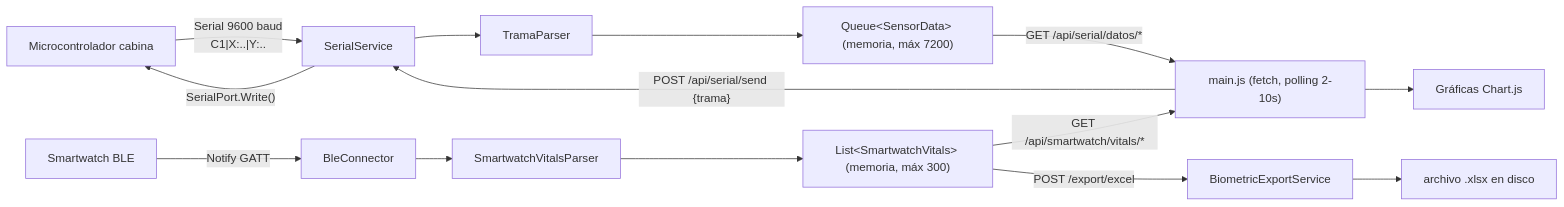
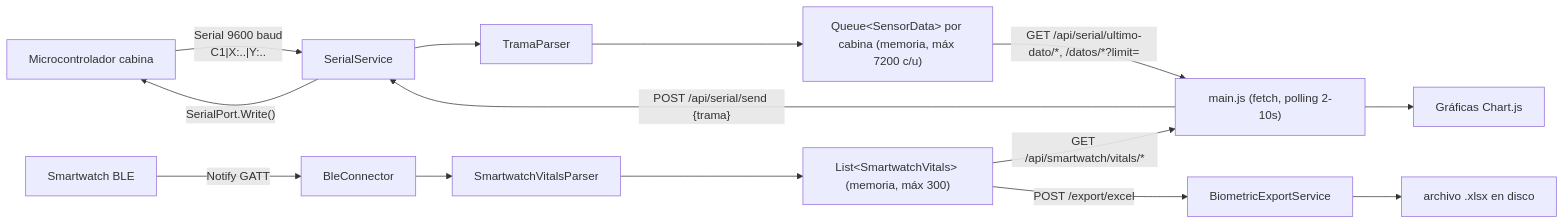
One commit to Jelp200/BTN changed the fourth of 5 diagrams in SYSTEM_ARCHITECTURE.md. Above: the diagram before and after it, drawn with Mermaid. The commit also changed other lines of this file and 11 other files, not shown here.

Commit message:
:zap: [MOD] [v2.0.8] - UI/UX: Se incorporo otra vez el boton de calor legacy on/off con la logica nueva - Data: Limite real para los datos de los sensores, el front solo trae los ultimos 10 datos en vez de todo el el arreglo

````diff
--- a/SYSTEM_ARCHITECTURE.md
+++ b/SYSTEM_ARCHITECTURE.md
@@ -429,15 +429,15 @@
 ```mermaid
 flowchart LR
     MCU["Microcontrolador cabina"] -->|"Serial 9600 baud\nC1|X:..|Y:.."| SerialService
-    SerialService --> TramaParser --> SensorDataQueue["Queue&lt;SensorData&gt; (memoria, máx 7200)"]
-    SensorDataQueue -->|"GET /api/serial/datos/*"| FrontendJS["main.js (fetch, polling 2-10s)"]
+    SerialService --> TramaParser --> SensorDataQueue["Queue&lt;SensorData&gt; por cabina (memoria, máx 7200 c/u)"]
+    SensorDataQueue -->|"GET /api/serial/ultimo-dato/*, /datos/*?limit="| FrontendJS["main.js (fetch, polling 2-10s)"]
     FrontendJS --> ChartJS["Gráficas Chart.js"]
 
     Watch["Smartwatch BLE"] -->|"Notify GATT"| BleConnector
     BleConnector --> SmartwatchVitalsParser --> VitalsHistory["List&lt;SmartwatchVitals&gt; (memoria, máx 300)"]
     VitalsHistory -->|"GET /api/smartwatch/vitals/*"| FrontendJS
     VitalsHistory -->|"POST /export/excel"| BiometricExportService --> XlsxFile["archivo .xlsx en disco"]
 
     FrontendJS -->|"POST /api/serial/send {trama}"| SerialService
     SerialService -->|"SerialPort.Write()"| MCU
 ```
````
